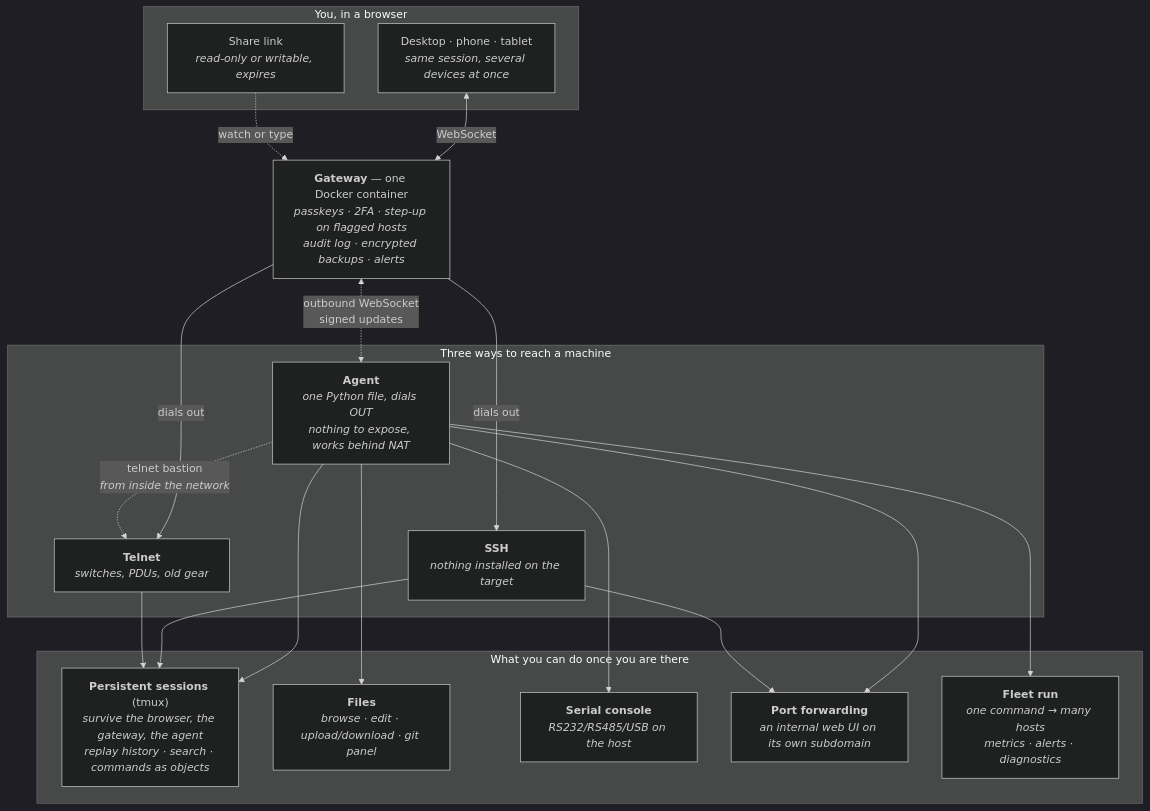
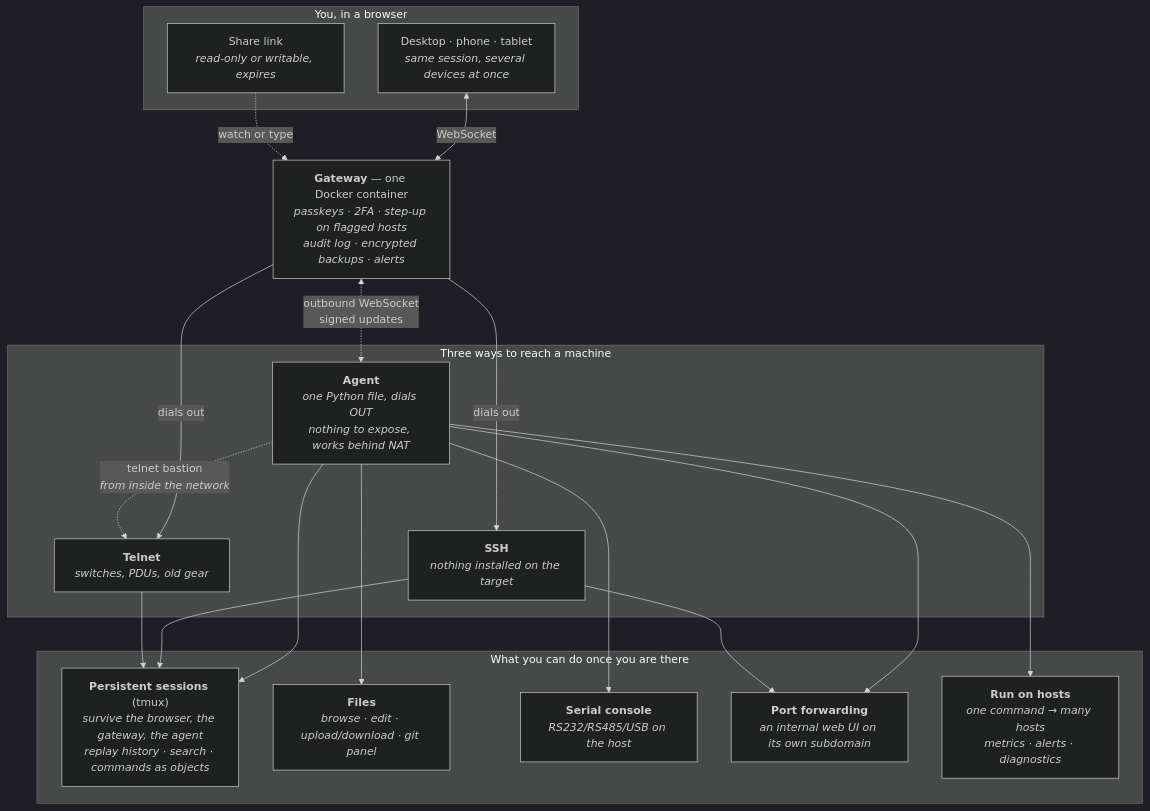
The diagram in README.md (sm26449/webterm), drawn with Mermaid (dark theme) before and after one commit. The commit also changed other lines of this file and 20 other files, not shown here.

First line of the commit message:
Wording: "Run on hosts", "Agent signing key", "Bulk enrollment"; RO "flotă" → "infrastructură"

````diff
--- a/README.md
+++ b/README.md
@@ -16,41 +16,41 @@
 ```mermaid
 flowchart TB
     subgraph you["You, in a browser"]
       B["Desktop · phone · tablet<br/><i>same session, several devices at once</i>"]
       SH["Share link<br/><i>read-only or writable, expires</i>"]
     end
 
     G["<b>Gateway</b> — one Docker container<br/><i>passkeys · 2FA · step-up on flagged hosts</i><br/><i>audit log · encrypted backups · alerts</i>"]
 
     subgraph reach["Three ways to reach a machine"]
       A["<b>Agent</b><br/><i>one Python file, dials OUT</i><br/><i>nothing to expose, works behind NAT</i>"]
       SSHH["<b>SSH</b><br/><i>nothing installed on the target</i>"]
       TEL["<b>Telnet</b><br/><i>switches, PDUs, old gear</i>"]
     end
 
     subgraph get["What you can do once you are there"]
       T["<b>Persistent sessions</b> (tmux)<br/><i>survive the browser, the gateway, the agent</i><br/><i>replay history · search · commands as objects</i>"]
       FS["<b>Files</b><br/><i>browse · edit · upload/download · git panel</i>"]
       SER["<b>Serial console</b><br/><i>RS232/RS485/USB on the host</i>"]
       FWD["<b>Port forwarding</b><br/><i>an internal web UI on its own subdomain</i>"]
-      RUN["<b>Fleet run</b><br/><i>one command → many hosts</i><br/><i>metrics · alerts · diagnostics</i>"]
+      RUN["<b>Run on hosts</b><br/><i>one command → many hosts</i><br/><i>metrics · alerts · diagnostics</i>"]
     end
 
     B <-->|WebSocket| G
     SH -.->|watch or type| G
 
     G <-.->|"outbound WebSocket<br/>signed updates"| A
     G -->|dials out| SSHH
     G -->|dials out| TEL
 
     A --> T
     A --> FS
     A --> SER
     A --> FWD
     A --> RUN
     A -.->|"telnet bastion<br/><i>from inside the network</i>"| TEL
 
     SSHH --> T
     SSHH --> FWD
     TEL --> T
 ```
````
